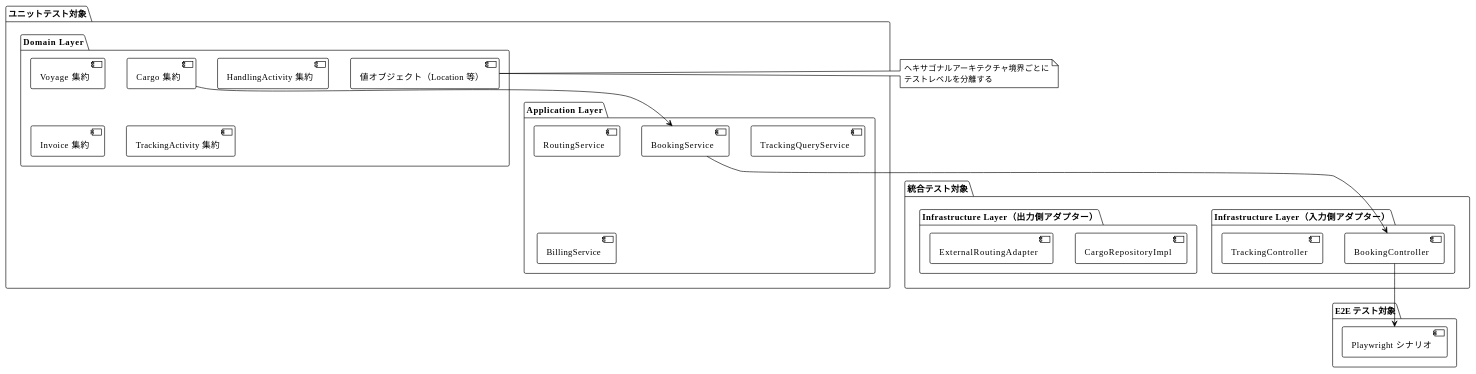
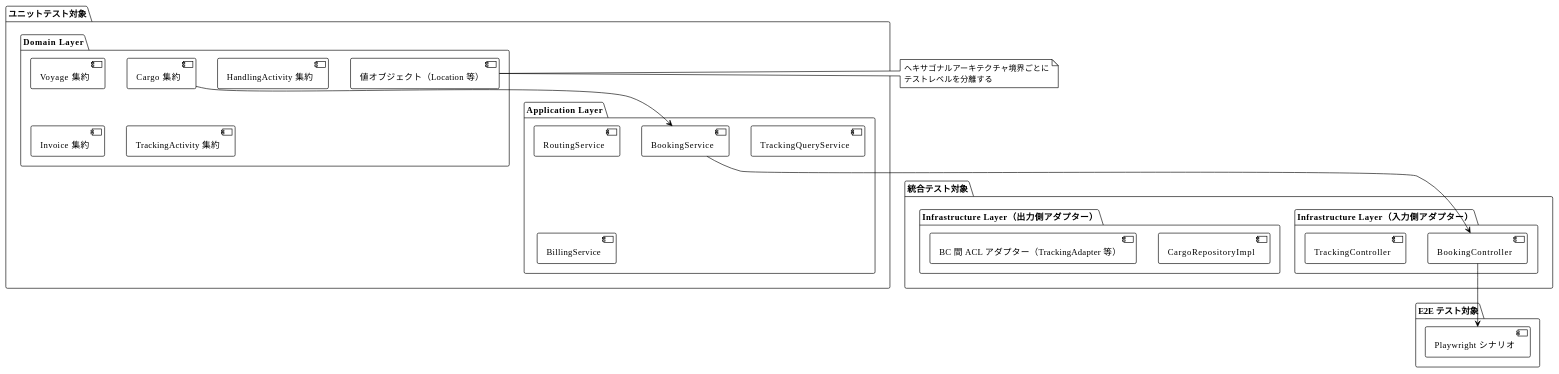
Before and after one commit to k2works/case-study-cargo-tracker: the first of 4 diagrams in docs/design/test_strategy.md, drawn with PlantUML. The commit also changed other lines of this file, not shown here.

````diff
--- a/docs/design/test_strategy.md
+++ b/docs/design/test_strategy.md
@@ -30,47 +30,47 @@
 ```plantuml
 @startuml
 !theme plain
 
 package "ユニットテスト対象" {
   package "Domain Layer" {
     [Cargo 集約]
     [Voyage 集約]
     [HandlingActivity 集約]
     [Invoice 集約]
     [TrackingActivity 集約]
     [値オブジェクト（Location 等）]
   }
   package "Application Layer" {
     [BookingService]
     [RoutingService]
     [TrackingQueryService]
     [BillingService]
   }
 }
 
 package "統合テスト対象" {
   package "Infrastructure Layer（入力側アダプター）" {
     [BookingController]
     [TrackingController]
   }
   package "Infrastructure Layer（出力側アダプター）" {
     [CargoRepositoryImpl]
-    [ExternalRoutingAdapter]
+    [BC 間 ACL アダプター（TrackingAdapter 等）]
   }
 }
 
 package "E2E テスト対象" {
   [Playwright シナリオ]
 }
 
 [Cargo 集約] --> [BookingService]
 [BookingService] --> [BookingController]
 [BookingController] --> [Playwright シナリオ]
 
 note right of [値オブジェクト（Location 等）]
   ヘキサゴナルアーキテクチャ境界ごとに
   テストレベルを分離する
 end note
 
 @enduml
 ```
````
